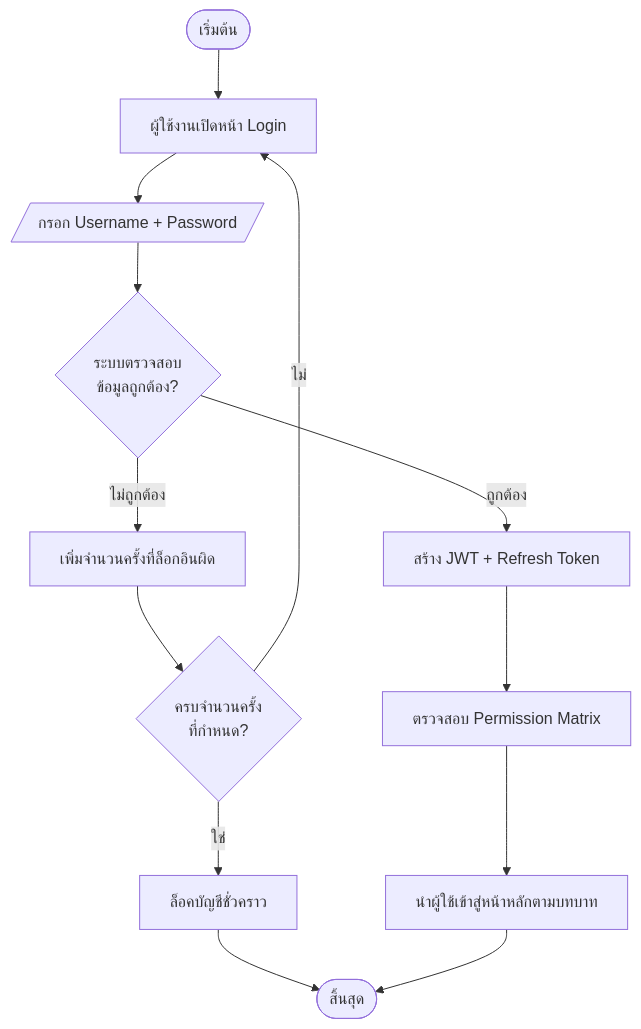
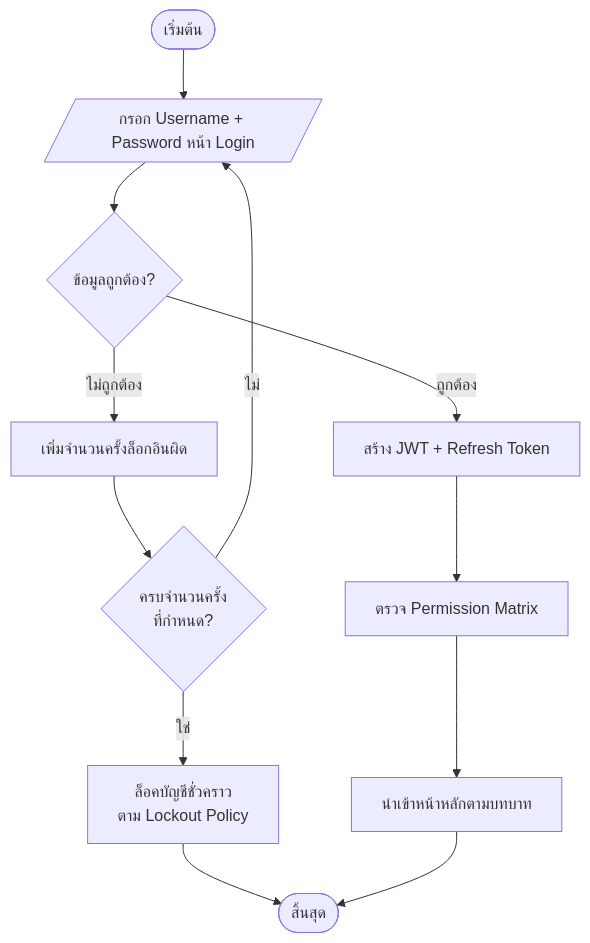
The tenth of 28 diagrams in doc/report/05-chapter-3-design.md (TurkPhakim/RBMS-POS-Website), drawn with Mermaid before and after one commit. The commit also changed other lines of this file and 7 other files, not shown here.

````diff
--- a/doc/report/05-chapter-3-design.md
+++ b/doc/report/05-chapter-3-design.md
@@ -514,15 +483,14 @@
 ```mermaid
 flowchart TD
-    A([เริ่มต้น]) --> B[ผู้ใช้งานเปิดหน้า Login]
-    B --> C[/กรอก Username + Password/]
-    C --> D{ระบบตรวจสอบ<br/>ข้อมูลถูกต้อง?}
-    D -- ไม่ถูกต้อง --> E[เพิ่มจำนวนครั้งที่ล็อกอินผิด]
-    E --> F{ครบจำนวนครั้ง<br/>ที่กำหนด?}
-    F -- ใช่ --> G[ล็อคบัญชีชั่วคราว]
-    F -- ไม่ --> B
-    G --> Z([สิ้นสุด])
-    D -- ถูกต้อง --> H[สร้าง JWT + Refresh Token]
-    H --> I[ตรวจสอบ Permission Matrix]
-    I --> J[นำผู้ใช้เข้าสู่หน้าหลักตามบทบาท]
-    J --> Z
+    Start([เริ่มต้น]) --> A[/กรอก Username + Password หน้า Login/]
+    A --> B{ข้อมูลถูกต้อง?}
+    B -- ไม่ถูกต้อง --> C[เพิ่มจำนวนครั้งล็อกอินผิด]
+    C --> D{ครบจำนวนครั้ง<br/>ที่กำหนด?}
+    D -- ไม่ --> A
+    D -- ใช่ --> E[ล็อคบัญชีชั่วคราว<br/>ตาม Lockout Policy]
+    B -- ถูกต้อง --> F[สร้าง JWT + Refresh Token]
+    F --> G[ตรวจ Permission Matrix]
+    G --> H[นำเข้าหน้าหลักตามบทบาท]
+    E --> End([สิ้นสุด])
+    H --> End
 ```
````
